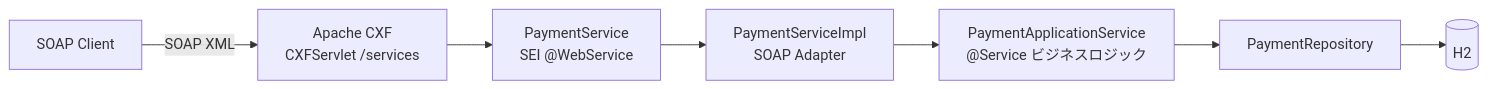
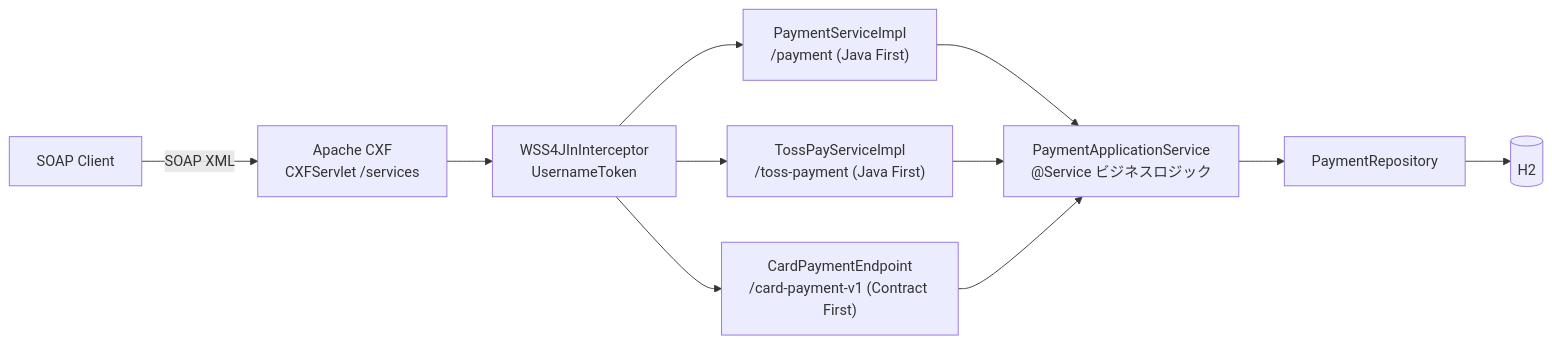
One commit to hyunolike/spring-boot-cxf-soap-poc changed the diagram in README.ja.md. Above: the diagram before and after it, drawn with Mermaid. The commit also changed other lines of this file and 43 other files, not shown here.

````diff
--- a/README.ja.md
+++ b/README.ja.md
@@ -217,8 +363,12 @@
 ```mermaid
 flowchart LR
     Client["SOAP Client"] -->|"SOAP XML"| CXF["Apache CXF<br/>CXFServlet /services"]
-    CXF --> SEI["PaymentService<br/>SEI @WebService"]
-    SEI --> IMPL["PaymentServiceImpl<br/>SOAP Adapter"]
-    IMPL --> APP["PaymentApplicationService<br/>@Service ビジネスロジック"]
+    CXF --> WSS["WSS4JInInterceptor<br/>UsernameToken"]
+    WSS --> CARD["PaymentServiceImpl<br/>/payment (Java First)"]
+    WSS --> TOSS["TossPayServiceImpl<br/>/toss-payment (Java First)"]
+    WSS --> CF["CardPaymentEndpoint<br/>/card-payment-v1 (Contract First)"]
+    CARD --> APP["PaymentApplicationService<br/>@Service ビジネスロジック"]
+    TOSS --> APP
+    CF --> APP
     APP --> REPO["PaymentRepository"] --> DB[(H2)]
 ```
````
